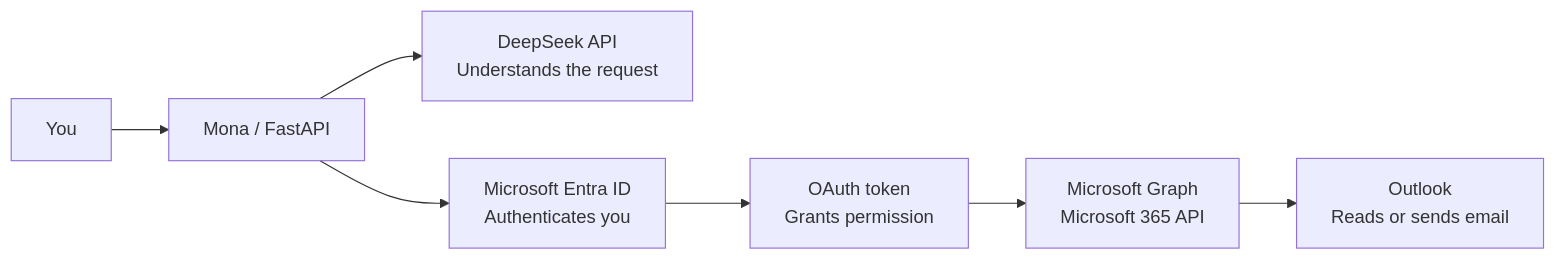
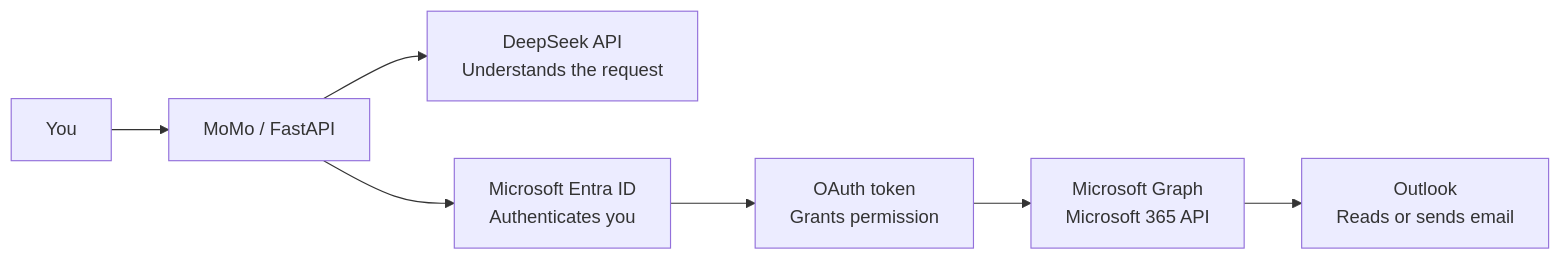
The diagram in Notes.md (m4rinqu3ll/Mona_AI_Assistant), drawn with Mermaid before and after one commit. The commit also changed other lines of this file and 26 other files, not shown here.

````diff
--- a/Notes.md
+++ b/Notes.md
@@ -22,9 +22,9 @@
 ```mermaid
 flowchart LR
-    User["You"] --> Mona["Mona / FastAPI"]
-    Mona --> DeepSeek["DeepSeek API<br/>Understands the request"]
-    Mona --> Entra["Microsoft Entra ID<br/>Authenticates you"]
+    User["You"] --> MoMo["MoMo / FastAPI"]
+    MoMo --> DeepSeek["DeepSeek API<br/>Understands the request"]
+    MoMo --> Entra["Microsoft Entra ID<br/>Authenticates you"]
     Entra --> Token["OAuth token<br/>Grants permission"]
     Token --> Graph["Microsoft Graph<br/>Microsoft 365 API"]
     Graph --> Outlook["Outlook<br/>Reads or sends email"]
 ```
````
